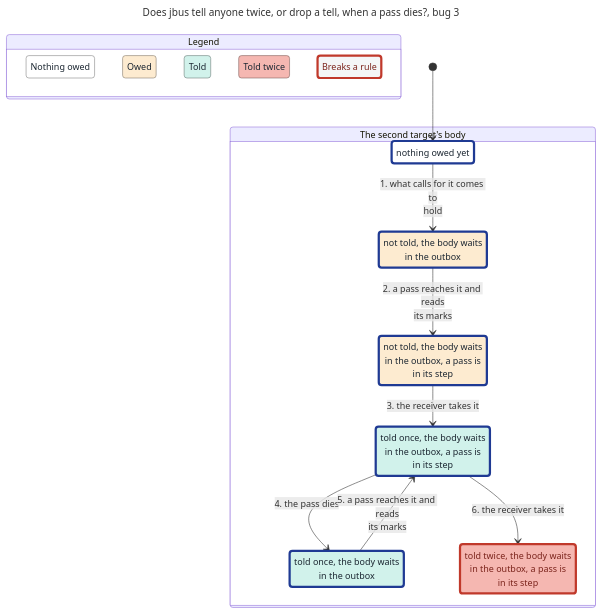
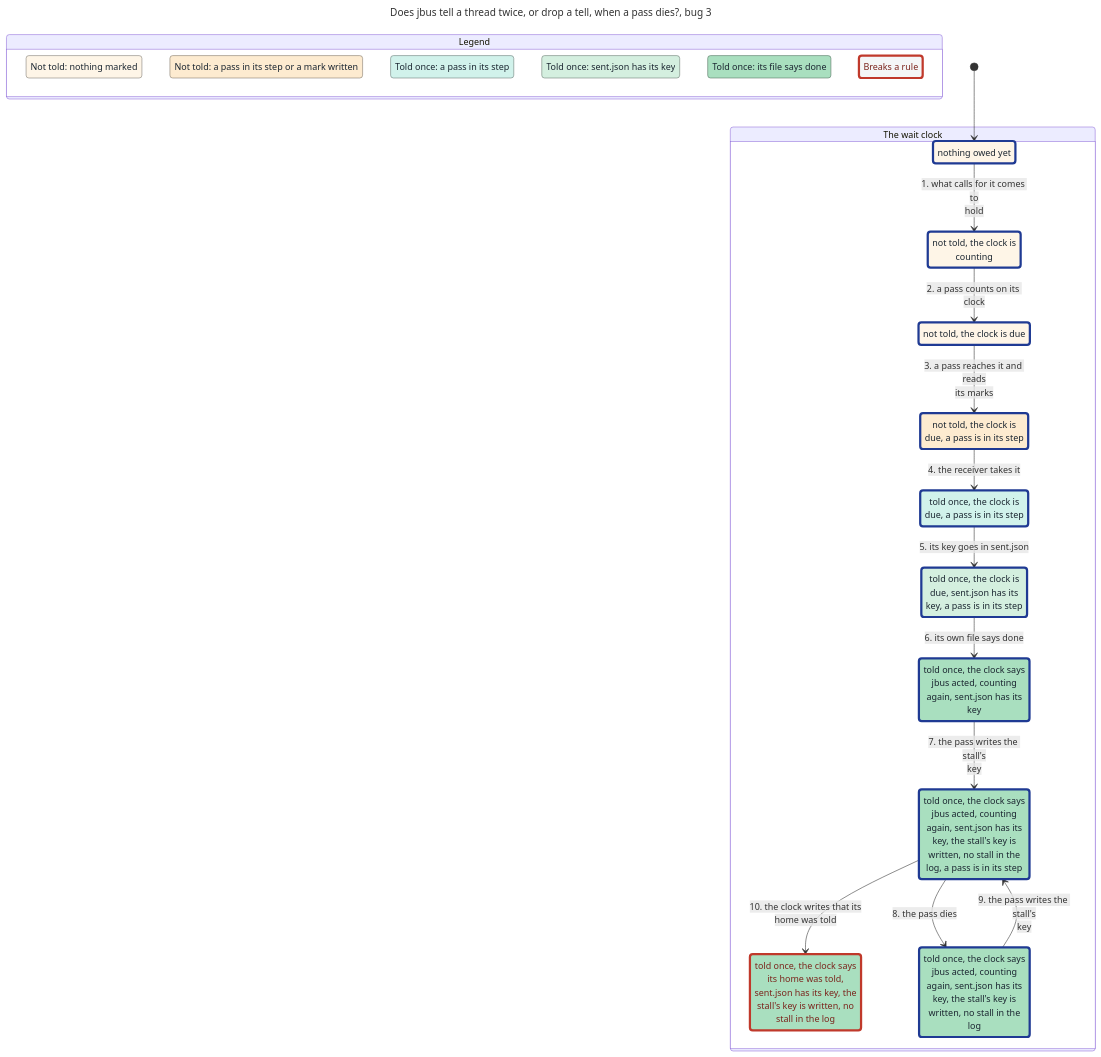
Before and after one commit to JoshuaHayesWasHere/jstack: the diagram in features/jbus/spec/TellOnce-statechart/bug-3.mmd, drawn with Mermaid. The commit also changed 27 other files, not shown here.

First line of the commit message:
feat(statechart): TellOnce splits off the ask owed after a limit, and groups each state by where its tell stands (#1740)

```diff
--- a/features/jbus/spec/TellOnce-statechart/bug-3.mmd
+++ b/features/jbus/spec/TellOnce-statechart/bug-3.mmd
@@ -1,50 +1,67 @@
 ---
-title: "Does jbus tell anyone twice, or drop a tell, when a pass dies?, bug 3"
+title: "Does jbus tell a thread twice, or drop a tell, when a pass dies?, bug 3"
 config:
   markdownAutoWrap: false
   state:
     useMaxWidth: false
 ---
 stateDiagram-v2
   classDef plainWrong fill:#f4f6f7,stroke:#c0392b,stroke-width:4px,color:#7b241c
-  classDef group0 fill:#ffffff,stroke:#808080,color:#1b2631
-  classDef group0Path fill:#ffffff,stroke:#1f3a93,stroke-width:4px,color:#1b2631
+  classDef group0 fill:#fef5e7,stroke:#7f7b74,color:#1b2631
+  classDef group0Path fill:#fef5e7,stroke:#1f3a93,stroke-width:4px,color:#1b2631
   classDef group1 fill:#fdebd0,stroke:#7f7668,color:#1b2631
   classDef group1Path fill:#fdebd0,stroke:#1f3a93,stroke-width:4px,color:#1b2631
-  classDef group2 fill:#d1f2eb,stroke:#697976,color:#1b2631
-  classDef group2Path fill:#d1f2eb,stroke:#1f3a93,stroke-width:4px,color:#1b2631
-  classDef group3 fill:#f5b7b1,stroke:#7b5c59,color:#1b2631
-  classDef group3Wrong fill:#f5b7b1,stroke:#c0392b,stroke-width:4px,color:#7b241c
+  classDef group4 fill:#d1f2eb,stroke:#697976,color:#1b2631
+  classDef group4Path fill:#d1f2eb,stroke:#1f3a93,stroke-width:4px,color:#1b2631
+  classDef group6 fill:#d4efdf,stroke:#6a7870,color:#1b2631
+  classDef group6Path fill:#d4efdf,stroke:#1f3a93,stroke-width:4px,color:#1b2631
+  classDef group7 fill:#a9dfbf,stroke:#557060,color:#1b2631
+  classDef group7Wrong fill:#a9dfbf,stroke:#c0392b,stroke-width:4px,color:#7b241c
+  classDef group7Path fill:#a9dfbf,stroke:#1f3a93,stroke-width:4px,color:#1b2631
   state "Legend" as legend {
-    state "Nothing owed" as legendGroup0
-    state "Owed" as legendGroup1
-    state "Told" as legendGroup2
-    state "Told twice" as legendGroup3
+    state "Not told: nothing marked" as legendGroup0
+    state "Not told: a pass in its step or a mark written" as legendGroup1
+    state "Told once: a pass in its step" as legendGroup4
+    state "Told once: sent.json has its key" as legendGroup6
+    state "Told once: its file says done" as legendGroup7
     state "Breaks a rule" as legendWrong
   }
   class legendGroup0 group0
   class legendGroup1 group1
-  class legendGroup2 group2
-  class legendGroup3 group3
+  class legendGroup4 group4
+  class legendGroup6 group6
+  class legendGroup7 group7
   class legendWrong plainWrong
-  state "The second target's body" as g0 {
-    state "not told, the body waits<br/>in the outbox" as s0
-    state "not told, the body waits<br/>in the outbox, a pass is<br/>in its step" as s1
-    state "nothing owed yet" as s2
-    state "told once, the body waits<br/>in the outbox" as s3
-    state "told once, the body waits<br/>in the outbox, a pass is<br/>in its step" as s4
-    state "told twice, the body waits<br/>in the outbox, a pass is<br/>in its step" as s5
+  state "The wait clock" as g0 {
+    state "not told, the clock is<br/>counting" as s0
+    state "not told, the clock is due" as s1
+    state "not told, the clock is<br/>due, a pass is in its step" as s2
+    state "nothing owed yet" as s3
+    state "told once, the clock is<br/>due, a pass is in its step" as s4
+    state "told once, the clock is<br/>due, sent.json has its<br/>key, a pass is in its step" as s5
+    state "told once, the clock says<br/>its home was told,<br/>sent.json has its key, the<br/>stall's key is written, no<br/>stall in the log" as s6
+    state "told once, the clock says<br/>jbus acted, counting<br/>again, sent.json has its<br/>key" as s7
+    state "told once, the clock says<br/>jbus acted, counting<br/>again, sent.json has its<br/>key, the stall's key is<br/>written, no stall in the<br/>log" as s8
+    state "told once, the clock says<br/>jbus acted, counting<br/>again, sent.json has its<br/>key, the stall's key is<br/>written, no stall in the<br/>log, a pass is in its step" as s9
   }
-  [*] --> s2
-  s2 --> s0 : 1. what calls for it comes to<br/>hold
-  s0 --> s1 : 2. a pass reaches it and reads<br/>its marks
-  s1 --> s4 : 3. the receiver takes it
-  s4 --> s3 : 4. the pass dies
-  s3 --> s4 : 5. a pass reaches it and reads<br/>its marks
-  s4 --> s5 : 6. the receiver takes it
-  class s0 group1Path
-  class s1 group1Path
-  class s2 group0Path
-  class s3 group2Path
-  class s4 group2Path
-  class s5 group3Wrong
+  [*] --> s3
+  s3 --> s0 : 1. what calls for it comes to<br/>hold
+  s0 --> s1 : 2. a pass counts on its clock
+  s1 --> s2 : 3. a pass reaches it and reads<br/>its marks
+  s2 --> s4 : 4. the receiver takes it
+  s4 --> s5 : 5. its key goes in sent.json
+  s5 --> s7 : 6. its own file says done
+  s7 --> s9 : 7. the pass writes the stall's<br/>key
+  s9 --> s8 : 8. the pass dies
+  s8 --> s9 : 9. the pass writes the stall's<br/>key
+  s9 --> s6 : 10. the clock writes that its<br/>home was told
+  class s0 group0Path
+  class s1 group0Path
+  class s2 group1Path
+  class s3 group0Path
+  class s4 group4Path
+  class s5 group6Path
+  class s6 group7Wrong
+  class s7 group7Path
+  class s8 group7Path
+  class s9 group7Path
```
